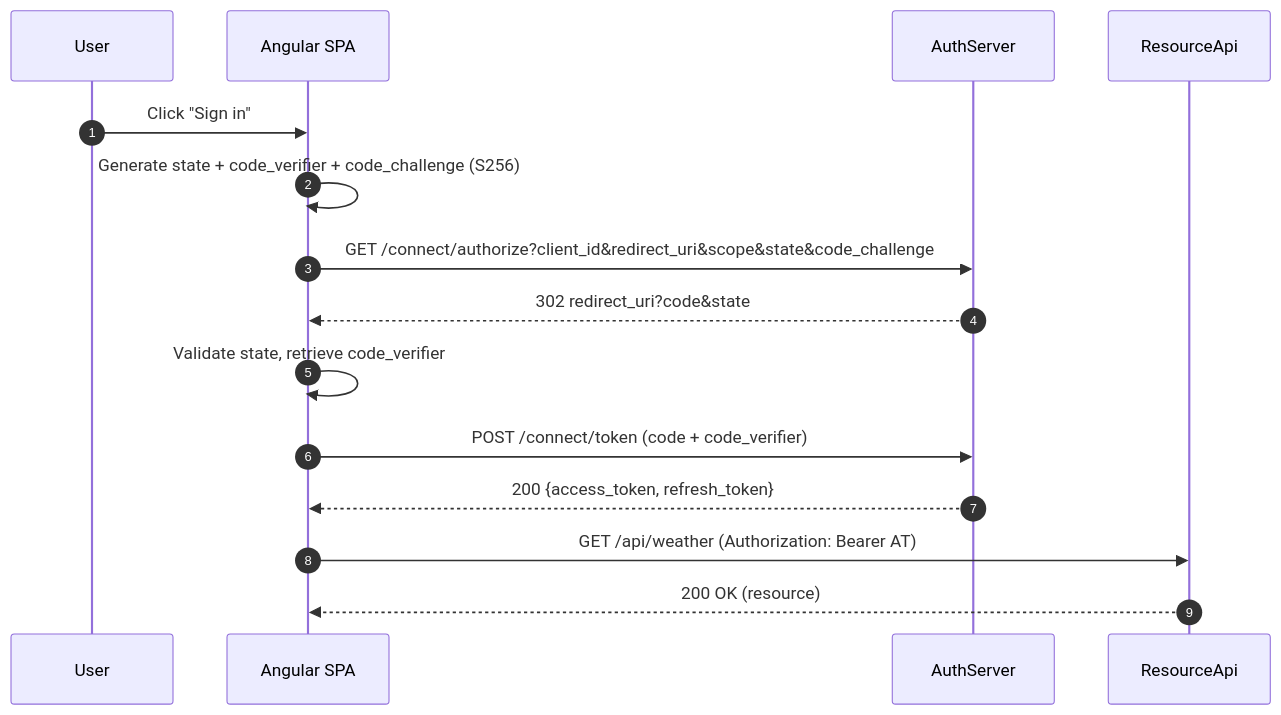
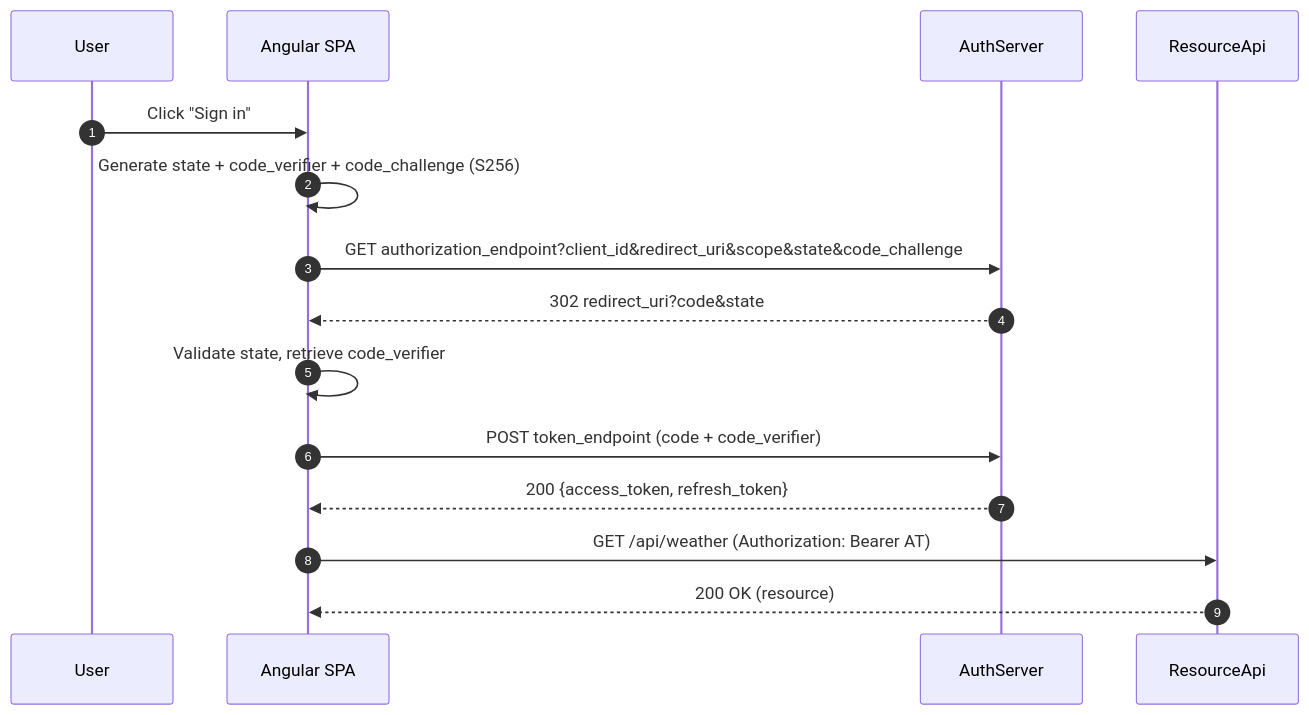
Before and after one commit to HariVenkataKrishnaKotha/oauth2-pkce-angular-client: the first of 3 diagrams in README.md, drawn with Mermaid. The commit also changed other lines of this file, not shown here.

````diff
--- a/README.md
+++ b/README.md
@@ -51,18 +56,18 @@
 ```mermaid
 sequenceDiagram
   autonumber
   participant U as User
   participant SPA as Angular SPA
   participant AS as AuthServer
   participant RS as ResourceApi
 
   U->>SPA: Click "Sign in"
   SPA->>SPA: Generate state + code_verifier + code_challenge (S256)
-  SPA->>AS: GET /connect/authorize?client_id&redirect_uri&scope&state&code_challenge
+  SPA->>AS: GET authorization_endpoint?client_id&redirect_uri&scope&state&code_challenge
   AS-->>SPA: 302 redirect_uri?code&state
   SPA->>SPA: Validate state, retrieve code_verifier
-  SPA->>AS: POST /connect/token (code + code_verifier)
+  SPA->>AS: POST token_endpoint (code + code_verifier)
   AS-->>SPA: 200 {access_token, refresh_token}
   SPA->>RS: GET /api/weather (Authorization: Bearer AT)
   RS-->>SPA: 200 OK (resource)
 ```
````
